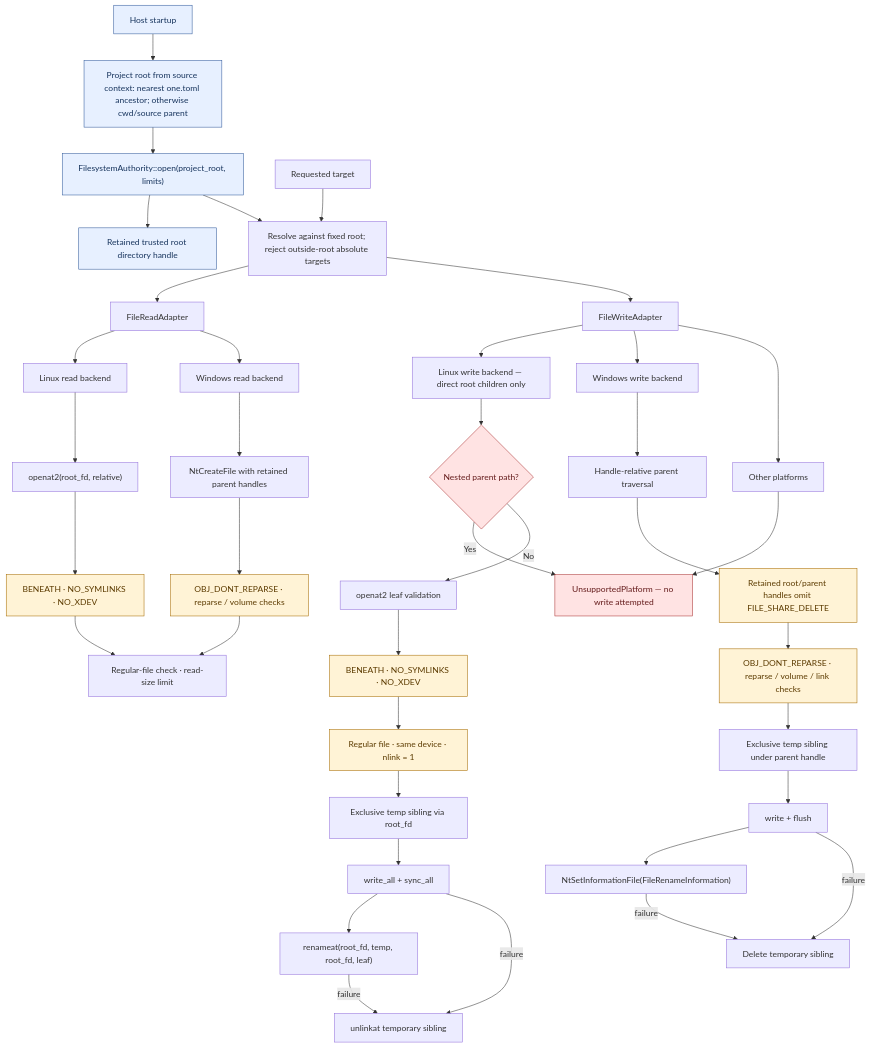
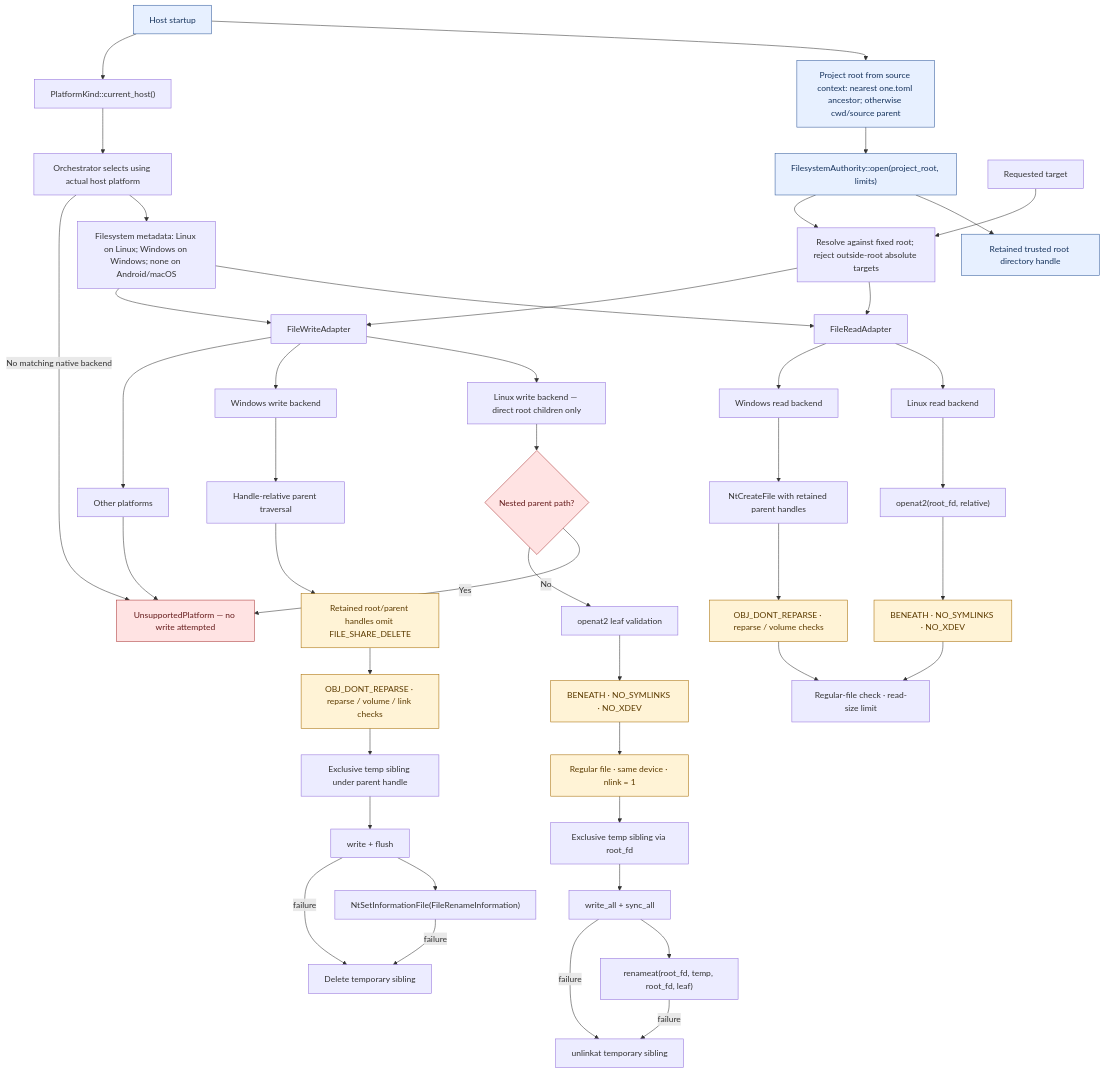
One commit to panglimanetizen01/one changed the diagram in docs/architecture/filesystem-root-confinement.md. Above: the diagram before and after it, drawn with Mermaid. The commit also changed other lines of this file and 11 other files, not shown here.

Commit message:
docs: align filesystem platform contracts and exact-SHA evidence

````diff
--- a/docs/architecture/filesystem-root-confinement.md
+++ b/docs/architecture/filesystem-root-confinement.md
@@ -5,52 +5,58 @@
 ```mermaid
 flowchart TB
     Host["Host startup"] --> ProjectRoot["Project root from source context: nearest one.toml ancestor; otherwise cwd/source parent"]
+    Host --> HostPlatform["PlatformKind::current_host()"]
+    HostPlatform --> SelectAdapter["Orchestrator selects using actual host platform"]
+    SelectAdapter --> AdapterMetadata["Filesystem metadata: Linux on Linux; Windows on Windows; none on Android/macOS"]
     ProjectRoot --> Authority["FilesystemAuthority::open(project_root, limits)"]
     Authority --> Root["Retained trusted root directory handle"]
     RequestedTarget["Requested target"] --> Confine["Resolve against fixed root; reject outside-root absolute targets"]
     Authority --> Confine
     Confine --> ReadAdapter["FileReadAdapter"]
     Confine --> WriteAdapter["FileWriteAdapter"]
+    AdapterMetadata --> ReadAdapter
+    AdapterMetadata --> WriteAdapter
+    SelectAdapter -->|No matching native backend| FailClosed
 
     ReadAdapter --> LinuxRead["Linux read backend"]
     LinuxRead --> Openat2Read["openat2(root_fd, relative)"]
     Openat2Read --> ReadPolicy["BENEATH · NO_SYMLINKS · NO_XDEV"]
     ReadPolicy --> ReadChecks["Regular-file check · read-size limit"]
 
     ReadAdapter --> WindowsRead["Windows read backend"]
     WindowsRead --> NtOpen["NtCreateFile with retained parent handles"]
     NtOpen --> WindowsPolicy["OBJ_DONT_REPARSE · reparse / volume checks"]
     WindowsPolicy --> ReadChecks
 
     WriteAdapter --> LinuxWrite["Linux write backend — direct root children only"]
     LinuxWrite --> Nested{"Nested parent path?"}
     Nested -->|Yes| FailClosed["UnsupportedPlatform — no write attempted"]
     Nested -->|No| LinuxLeaf["openat2 leaf validation"]
     LinuxLeaf --> LinuxPolicy["BENEATH · NO_SYMLINKS · NO_XDEV"]
     LinuxPolicy --> LinuxType["Regular file · same device · nlink = 1"]
     LinuxType --> LinuxTemp["Exclusive temp sibling via root_fd"]
     LinuxTemp --> LinuxSync["write_all + sync_all"]
     LinuxSync --> LinuxRename["renameat(root_fd, temp, root_fd, leaf)"]
     LinuxSync -->|failure| LinuxCleanup["unlinkat temporary sibling"]
     LinuxRename -->|failure| LinuxCleanup
 
     WriteAdapter --> WindowsWrite["Windows write backend"]
     WindowsWrite --> WinWalk["Handle-relative parent traversal"]
     WinWalk --> WinShare["Retained root/parent handles omit FILE_SHARE_DELETE"]
     WinShare --> WinPolicy["OBJ_DONT_REPARSE · reparse / volume / link checks"]
     WinPolicy --> WinTemp["Exclusive temp sibling under parent handle"]
     WinTemp --> WinSync["write + flush"]
     WinSync --> WinRename["NtSetInformationFile(FileRenameInformation)"]
     WinSync -->|failure| WinCleanup["Delete temporary sibling"]
     WinRename -->|failure| WinCleanup
 
     WriteAdapter --> Other["Other platforms"]
     Other --> FailClosed
 
     classDef trust fill:#e7f0ff,stroke:#315a9b,color:#17345d
     classDef guard fill:#fff3d6,stroke:#a66b00,color:#5c3b00
     classDef blocked fill:#ffe3e3,stroke:#a33,color:#641b1b
     class Host,ProjectRoot,Authority,Root trust
     class ReadPolicy,WindowsPolicy,LinuxPolicy,LinuxType,WinPolicy,WinShare guard
     class FailClosed,Nested blocked
 ```
````
